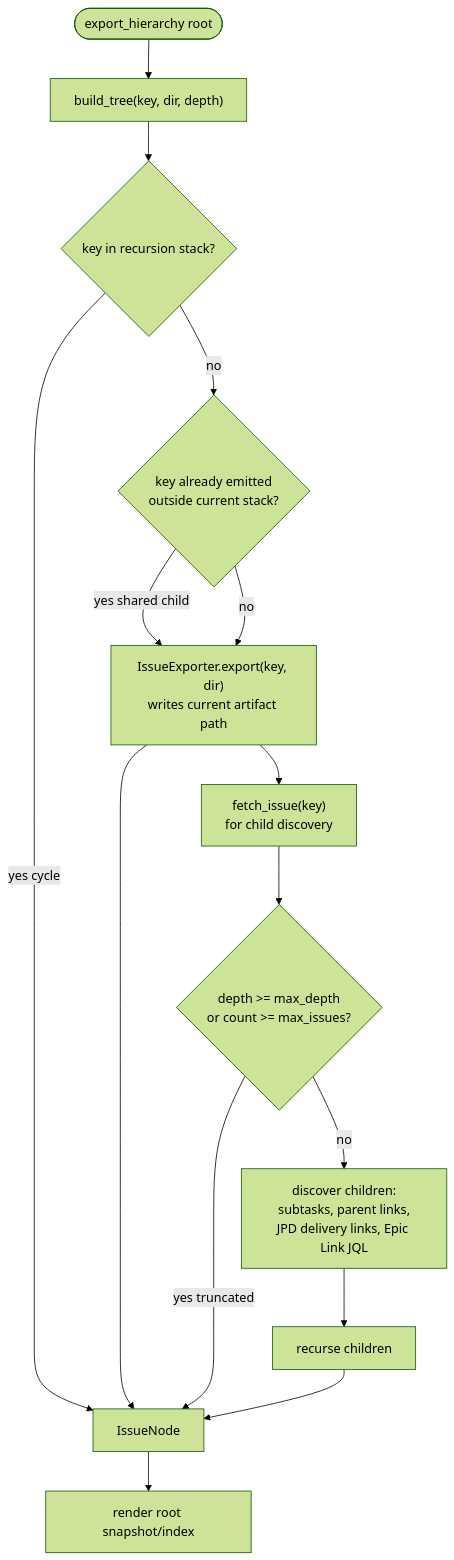
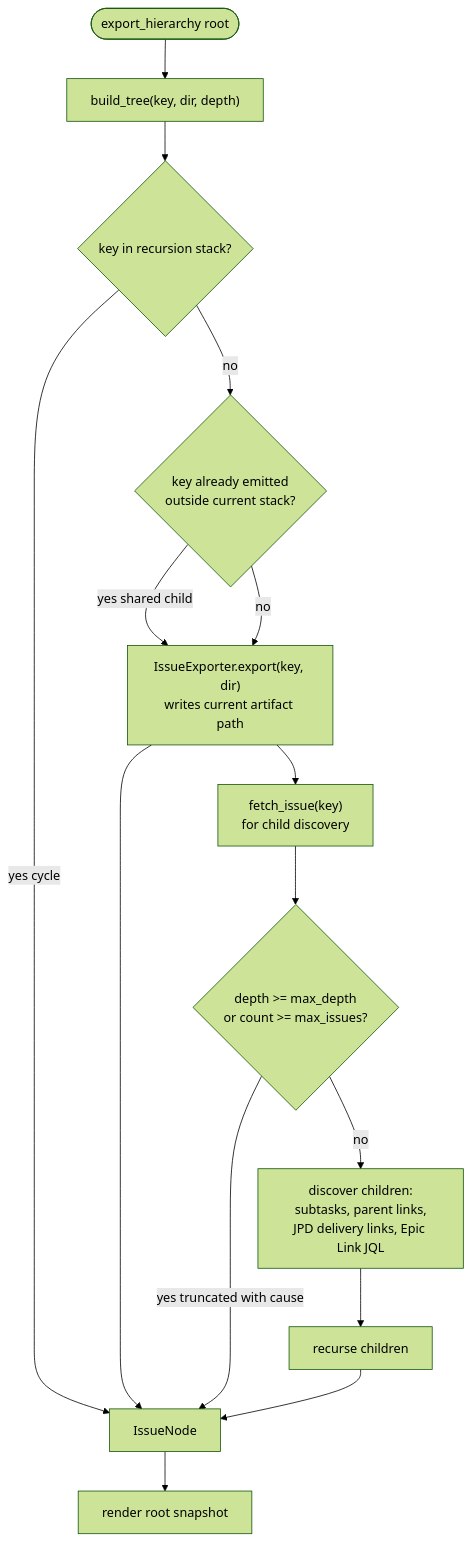
One commit to dchuk/jarkdown-rs changed the fourth of 9 diagrams in docs/architecture.md. Above: the diagram before and after it, drawn with Mermaid (forest theme). The commit also changed other lines of this file and 19 other files, not shown here.

````diff
--- a/docs/architecture.md
+++ b/docs/architecture.md
@@ -242,23 +252,23 @@
 ```mermaid
 flowchart TB
     start([export_hierarchy root])
     build["build_tree(key, dir, depth)"]
     stack{"key in recursion stack?"}
     emitted{"key already emitted<br/>outside current stack?"}
     export["IssueExporter.export(key, dir)<br/>writes current artifact path"]
     fetch["fetch_issue(key)<br/>for child discovery"]
     cap{"depth >= max_depth<br/>or count >= max_issues?"}
     discover["discover children:<br/>subtasks, parent links,<br/>JPD delivery links, Epic Link JQL"]
     recurse["recurse children"]
     node["IssueNode"]
-    snapshot["render root snapshot/index"]
+    snapshot["render root snapshot"]
 
     start --> build --> stack
     stack -->|yes cycle| node
     stack -->|no| emitted
     emitted -->|yes shared child| export --> node
     emitted -->|no| export --> fetch --> cap
-    cap -->|yes truncated| node
+    cap -->|yes truncated with cause| node
     cap -->|no| discover --> recurse --> node
     node --> snapshot
 ```
````
